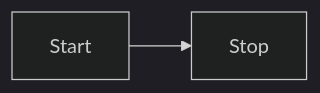
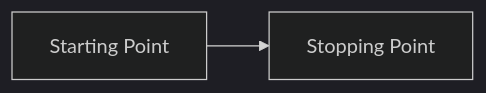
Before and after one commit to mliskPSU/testingRepo: the diagram in README.md, drawn with Mermaid (dark theme).

Commit message:
modding chart

````diff
--- a/README.md
+++ b/README.md
@@ -13,4 +13,6 @@
 ```mermaid
 graph LR;
+    Start[Starting Point];
+    Stop[Stopping Point];
     Start --> Stop;
 ```
````
